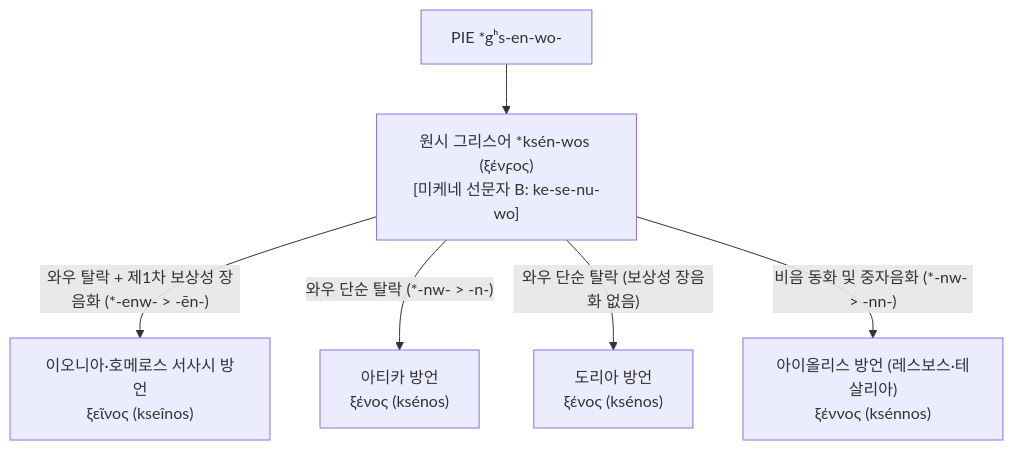
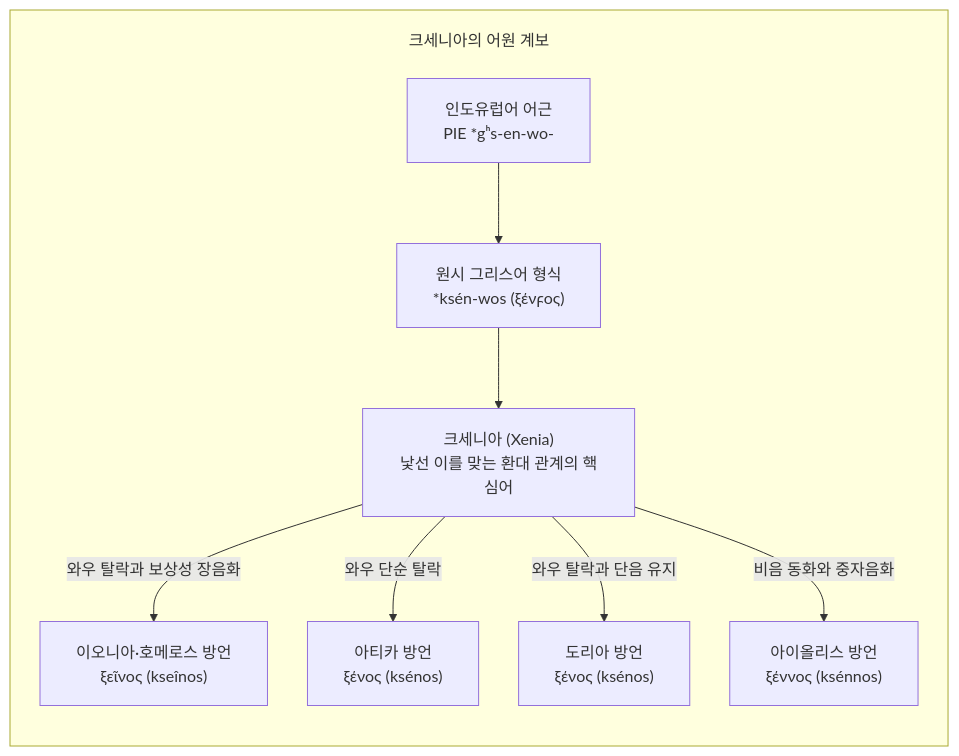
One commit to YgHnSIM/Homer_wiki changed the first of 2 diagrams in wiki/concepts/concept-xenia.md. Above: the diagram before and after it, drawn with Mermaid. The commit also changed other lines of this file and 9 other files, not shown here.

Commit message:
refactor(concepts): concept Mermaid 신규격 일괄 적용

````diff
--- a/wiki/concepts/concept-xenia.md
+++ b/wiki/concepts/concept-xenia.md
@@ -68,8 +68,21 @@
 ```mermaid
+%%{init: {'flowchart': {'useMaxWidth': true, 'nodeSpacing': 40, 'rankSpacing': 56, 'padding': 18, 'subGraphTitleMargin': {'top': 18, 'bottom': 10}}}}%%
 flowchart TD
-    PIE["PIE *gʰs-en-wo-"] --> PG["원시 그리스어 *ksén-wos (ξένϝος)<br/>[미케네 선문자 B: ke-se-nu-wo]"]
-    PG -->|"와우 탈락 + 제1차 보상성 장음화 (*-enw- > -ēn-)"| Ionic["이오니아·호메로스 서사시 방언<br/>ξεῖνος (kseînos)"]
-    PG -->|"와우 단순 탈락 (*-nw- > -n-)"| Attic["아티카 방언<br/>ξένος (ksénos)"]
-    PG -->|"와우 단순 탈락 (보상성 장음화 없음)"| Doric["도리아 방언<br/>ξένος (ksénos)"]
-    PG -->|"비음 동화 및 중자음화 (*-nw- > -nn-)"| Aeolic["아이올리스 방언 (레스보스·테살리아)<br/>ξέννος (ksénnos)"]
+    subgraph Etymology["크세니아의 어원 계보"]
+        direction TB
+        PIE["인도유럽어 어근<br/>PIE *gʰs-en-wo-"]
+        PG["원시 그리스어 형식<br/>*ksén-wos (ξένϝος)"]
+        XENIA["크세니아 (Xenia)<br/>낯선 이를 맞는 환대 관계의 핵심어"]:::focus
+        Ionic["이오니아·호메로스 방언<br/>ξεῖνος (kseînos)"]
+        Attic["아티카 방언<br/>ξένος (ksénos)"]
+        Doric["도리아 방언<br/>ξένος (ksénos)"]
+        Aeolic["아이올리스 방언<br/>ξέννος (ksénnos)"]
+
+        PIE --> PG
+        PG --> XENIA
+        XENIA -->|"와우 탈락과 보상성 장음화"| Ionic
+        XENIA -->|"와우 단순 탈락"| Attic
+        XENIA -->|"와우 탈락과 단음 유지"| Doric
+        XENIA -->|"비음 동화와 중자음화"| Aeolic
+    end
 ```
````
